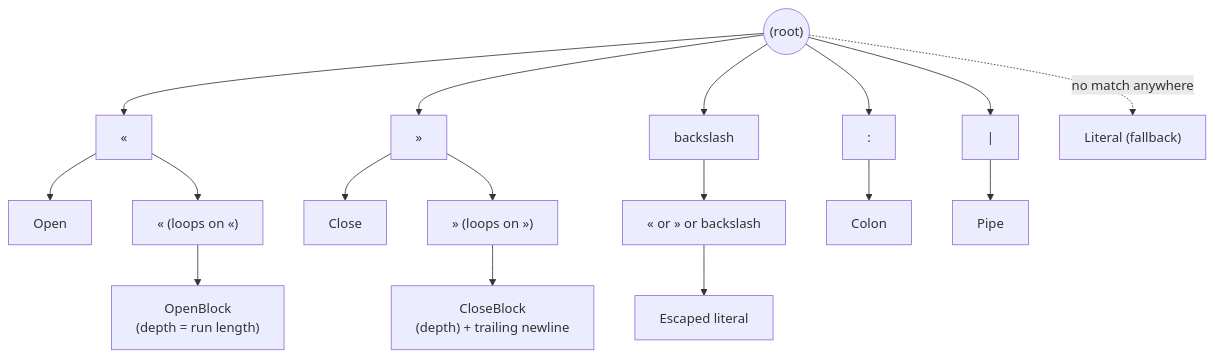
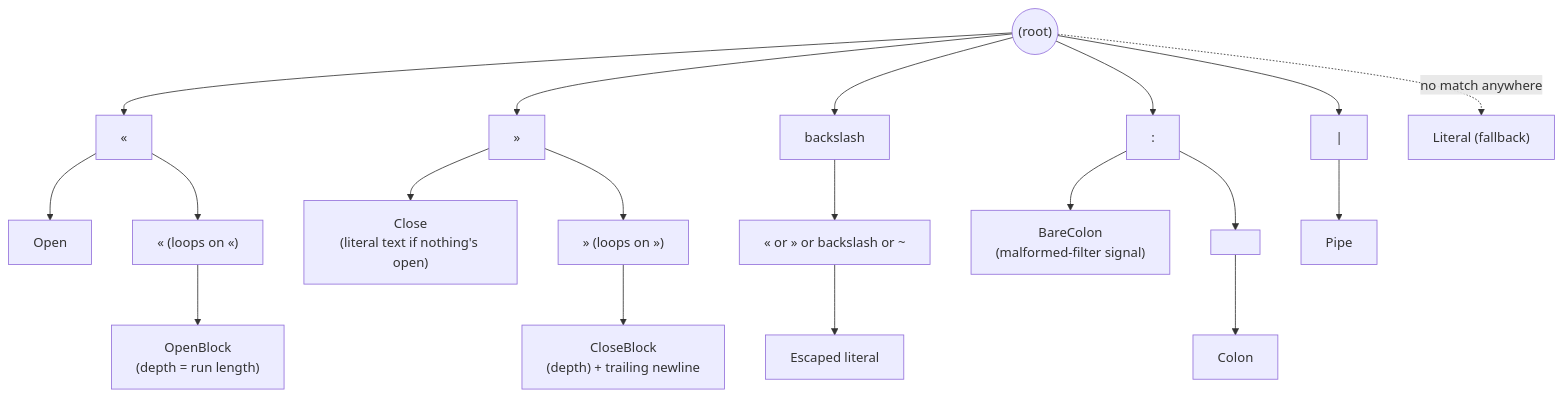
One commit to cihandeniz/guillemets changed the second of 3 diagrams in docs/architecture.md. Above: the diagram before and after it, drawn with Mermaid. The commit also changed other lines of this file and 18 other files, not shown here.

````diff
--- a/docs/architecture.md
+++ b/docs/architecture.md
@@ -63,12 +63,13 @@
 ```mermaid
 flowchart TB
     Root(("(root)"))
     Root --> Open["«"] --> OpenToken["Open"]
     Open --> OpenOpen["« (loops on «)"] --> OpenBlockToken["OpenBlock\n(depth = run length)"]
-    Root --> Close["»"] --> CloseToken["Close"]
+    Root --> Close["»"] --> CloseToken["Close\n(literal text if nothing's open)"]
     Close --> CloseClose["» (loops on »)"] --> CloseBlockToken["CloseBlock\n(depth) + trailing newline"]
-    Root --> Esc["backslash"] --> EscChar["« or » or backslash"] --> EscapedToken["Escaped literal"]
-    Root --> ColonSpace[": "] --> ColonToken["Colon"]
+    Root --> Esc["backslash"] --> EscChar["« or » or backslash or ~"] --> EscapedToken["Escaped literal"]
+    Root --> Colon[":"] --> BareColonToken["BareColon\n(malformed-filter signal)"]
+    Colon --> ColonSpace[" "] --> ColonToken["Colon"]
     Root --> SpacePipeSpace[" | "] --> PipeToken["Pipe"]
     Root -.no match anywhere.-> LiteralToken["Literal (fallback)"]
 ```
````
